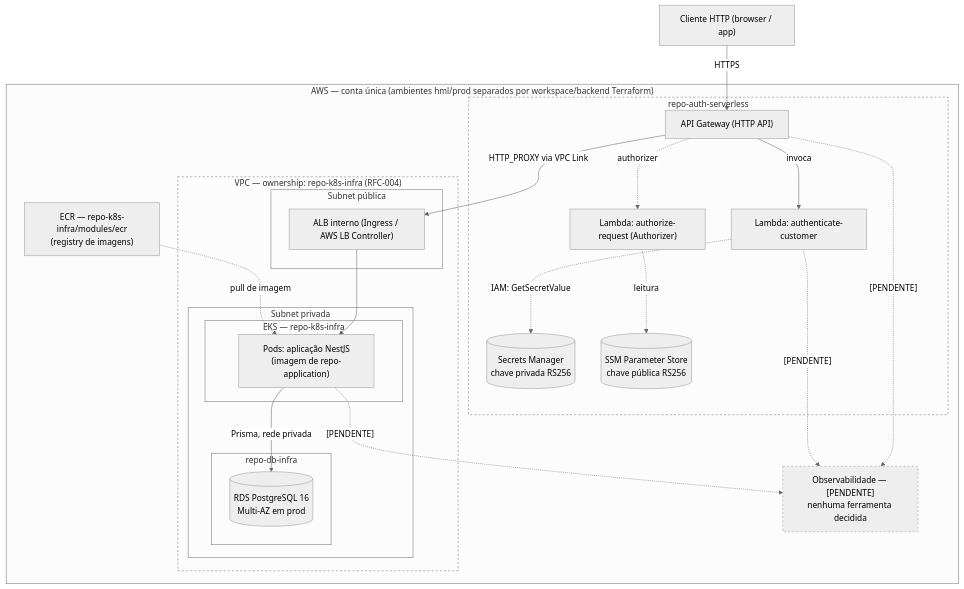
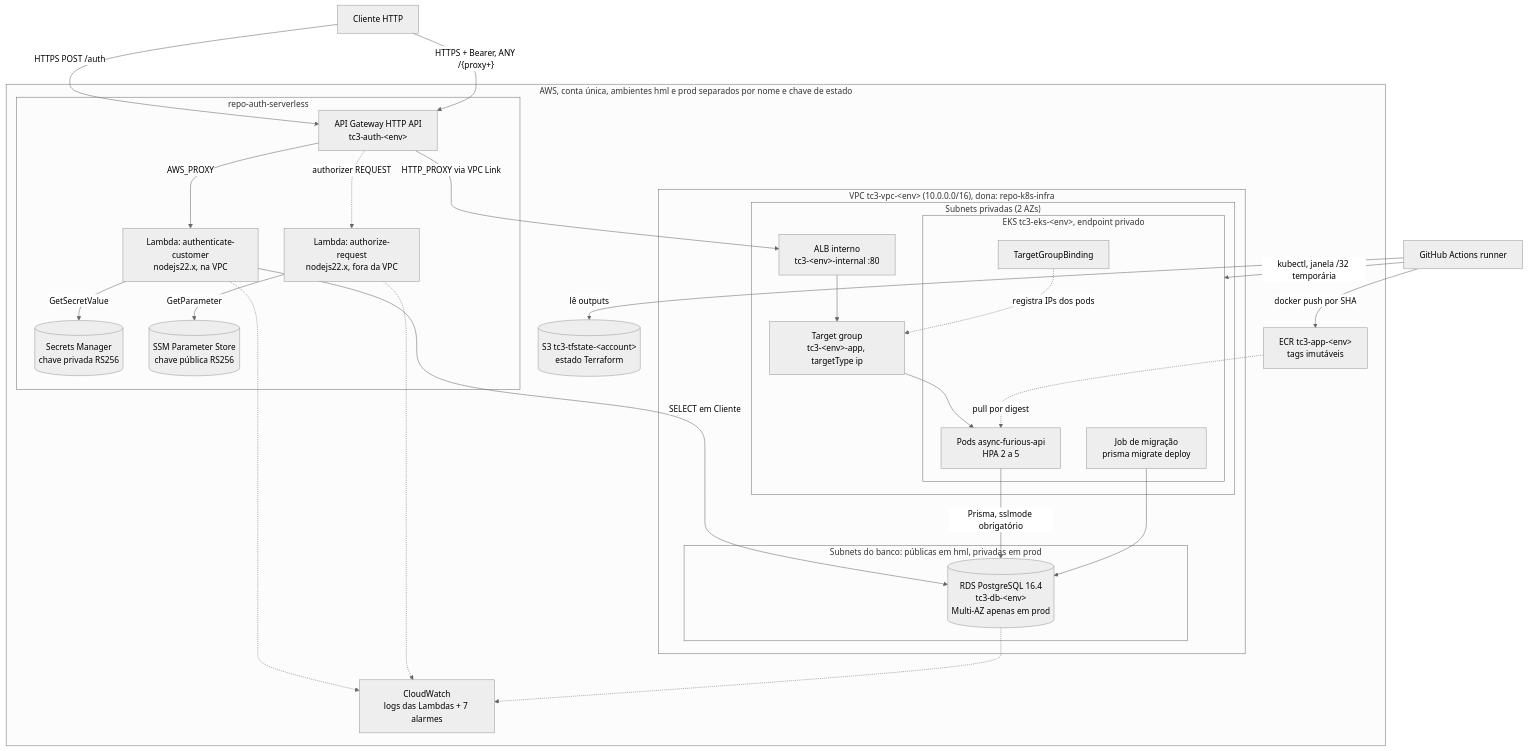
The second of 2 diagrams in docs/architecture/deployment-diagram.md (Async-And-Furious/async-furious-project), drawn with Mermaid (neutral theme) before and after one commit. The commit also changed other lines of this file, not shown here.

First line of the commit message:
docs: redesenhar o diagrama de implantacao para o ambiente real

````diff
--- a/docs/architecture/deployment-diagram.md
+++ b/docs/architecture/deployment-diagram.md
@@ -64,49 +67,56 @@
 ```mermaid
 flowchart TB
-    client["Cliente HTTP (browser / app)"]
+    client["Cliente HTTP"]
+    runner["GitHub Actions runner"]
 
-    subgraph AWS["AWS — conta única (ambientes hml/prod separados por workspace/backend Terraform)"]
-        subgraph EdgeAuth["repo-auth-serverless"]
-            apigw["API Gateway (HTTP API)"]
-            lambdaAuth["Lambda: authenticate-customer"]
-            lambdaAuthz["Lambda: authorize-request (Authorizer)"]
+    subgraph AWS["AWS, conta única, ambientes hml e prod separados por nome e chave de estado"]
+        subgraph Edge["repo-auth-serverless"]
+            apigw["API Gateway HTTP API<br/>tc3-auth-&lt;env&gt;"]
+            lambdaAuth["Lambda: authenticate-customer<br/>nodejs22.x, na VPC"]
+            lambdaAuthz["Lambda: authorize-request<br/>nodejs22.x, fora da VPC"]
             secretsMgr[("Secrets Manager<br/>chave privada RS256")]
             ssm[("SSM Parameter Store<br/>chave pública RS256")]
         end
 
-        subgraph VPC["VPC — ownership: repo-k8s-infra (RFC-004)"]
-            subgraph PublicSubnet["Subnet pública"]
-                alb["ALB interno (Ingress / AWS LB Controller)"]
+        subgraph VPC["VPC tc3-vpc-&lt;env&gt; (10.0.0.0/16), dona: repo-k8s-infra"]
+            subgraph Priv["Subnets privadas (2 AZs)"]
+                alb["ALB interno<br/>tc3-&lt;env&gt;-internal :80"]
+                tg["Target group<br/>tc3-&lt;env&gt;-app, targetType ip"]
+                subgraph EKS["EKS tc3-eks-&lt;env&gt;, endpoint privado"]
+                    pods["Pods async-furious-api<br/>HPA 2 a 5"]
+                    tgb["TargetGroupBinding"]
+                    job["Job de migração<br/>prisma migrate deploy"]
+                end
             end
-            subgraph PrivateSubnet["Subnet privada"]
-                subgraph EKS["EKS — repo-k8s-infra"]
-                    pods["Pods: aplicação NestJS<br/>(imagem de repo-application)"]
-                end
-                subgraph RDSSubnet["repo-db-infra"]
-                    rds[("RDS PostgreSQL 16<br/>Multi-AZ em prod")]
-                end
+            subgraph DbSubnet["Subnets do banco: públicas em hml, privadas em prod"]
+                rds[("RDS PostgreSQL 16.4<br/>tc3-db-&lt;env&gt;<br/>Multi-AZ apenas em prod")]
             end
         end
 
-        ecr["ECR — repo-k8s-infra/modules/ecr<br/>(registry de imagens)"]
-        obs["Observabilidade — [PENDENTE]<br/>nenhuma ferramenta decidida"]
+        ecr["ECR tc3-app-&lt;env&gt;<br/>tags imutáveis"]
+        s3[("S3 tc3-tfstate-&lt;account&gt;<br/>estado Terraform")]
+        cw["CloudWatch<br/>logs das Lambdas + 7 alarmes"]
     end
 
-    client -->|HTTPS| apigw
-    apigw -->|invoca| lambdaAuth
-    apigw -.->|authorizer| lambdaAuthz
-    lambdaAuth -.->|IAM: GetSecretValue| secretsMgr
-    lambdaAuthz -.->|leitura| ssm
+    client -->|"HTTPS POST /auth"| apigw
+    client -->|"HTTPS + Bearer, ANY /{proxy+}"| apigw
+    apigw -->|AWS_PROXY| lambdaAuth
+    apigw -.->|authorizer REQUEST| lambdaAuthz
+    lambdaAuth -->|GetSecretValue| secretsMgr
+    lambdaAuth -->|"SELECT em Cliente"| rds
+    lambdaAuthz -->|GetParameter| ssm
     apigw -->|"HTTP_PROXY via VPC Link"| alb
-    alb --> pods
-    pods -->|Prisma, rede privada| rds
-    ecr -.->|pull de imagem| pods
+    alb --> tg --> pods
+    tgb -.registra IPs dos pods.-> tg
+    pods -->|"Prisma, sslmode obrigatório"| rds
+    ecr -.pull por digest.-> pods
+    job --> rds
 
-    pods -.->|"[PENDENTE]"| obs
-    apigw -.->|"[PENDENTE]"| obs
-    lambdaAuth -.->|"[PENDENTE]"| obs
+    runner -->|"docker push por SHA"| ecr
+    runner -->|"lê outputs"| s3
+    runner -->|"kubectl, janela /32 temporária"| EKS
 
-    style EdgeAuth stroke-dasharray: 4 4
-    style VPC stroke-dasharray: 4 4
-    style obs stroke-dasharray: 4 4
+    lambdaAuth -.-> cw
+    lambdaAuthz -.-> cw
+    rds -.-> cw
 ```
````
